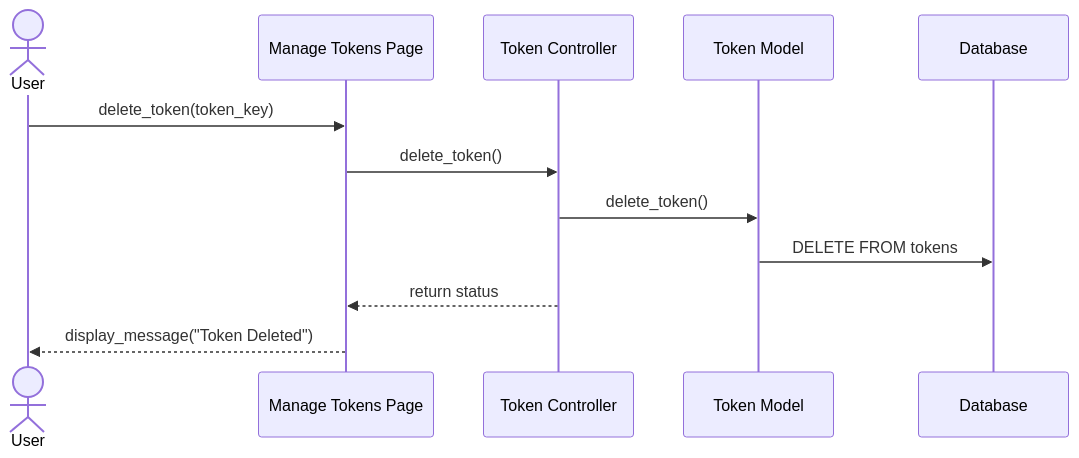
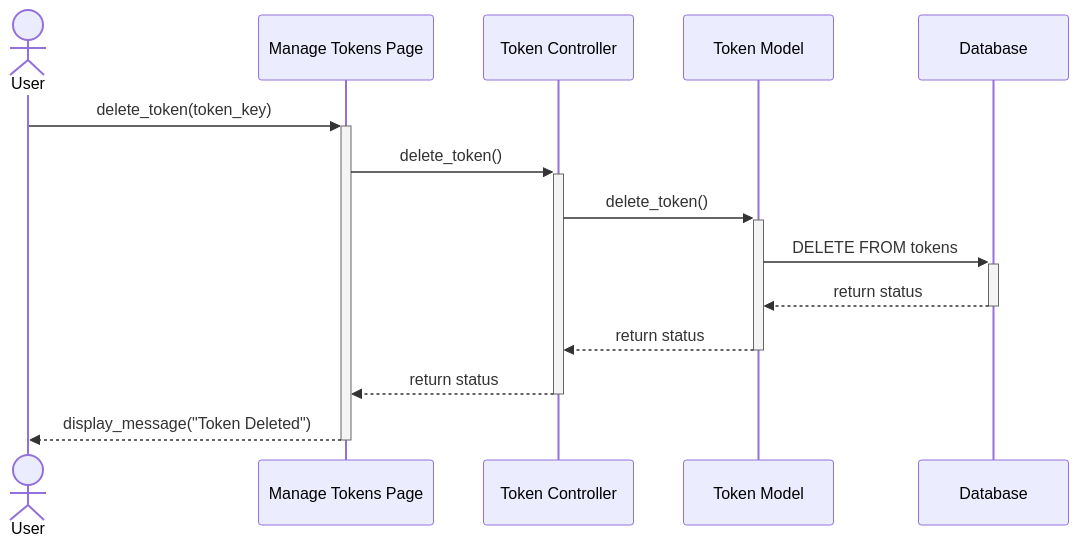
One commit to Tanaphat-Ken/ALPR-V2 changed the seventh of 20 diagrams in SYSTEM_DIAGRAMS.md. Above: the diagram before and after it, drawn with Mermaid. The commit also changed other lines of this file, not shown here.

First line of the commit message:
fix: resolve Mermaid activation bar errors across sequence diagrams

````diff
--- a/SYSTEM_DIAGRAMS.md
+++ b/SYSTEM_DIAGRAMS.md
@@ -298,15 +305,17 @@
 ```mermaid
 sequenceDiagram
     actor User
     participant TokenPage as Manage Tokens Page
     participant TokenController as Token Controller
     participant TokenModel as Token Model
     participant DB as Database
 
-    User->>TokenPage: delete_token(token_key)
-    TokenPage->>TokenController: delete_token()
-    TokenController->>TokenModel: delete_token()
-    TokenModel->>DB: DELETE FROM tokens
-    TokenController-->>TokenPage: return status
-    TokenPage-->>User: display_message("Token Deleted")
+    User->>+TokenPage: delete_token(token_key)
+    TokenPage->>+TokenController: delete_token()
+    TokenController->>+TokenModel: delete_token()
+    TokenModel->>+DB: DELETE FROM tokens
+    DB-->>-TokenModel: return status
+    TokenModel-->>-TokenController: return status
+    TokenController-->>-TokenPage: return status
+    TokenPage-->>-User: display_message("Token Deleted")
 ```
````
